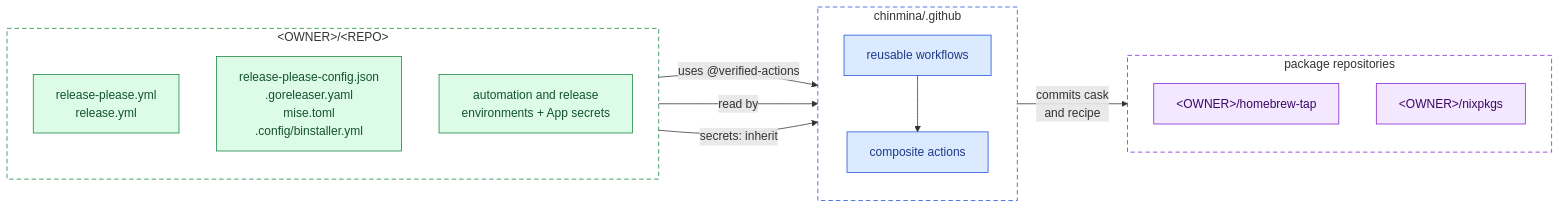
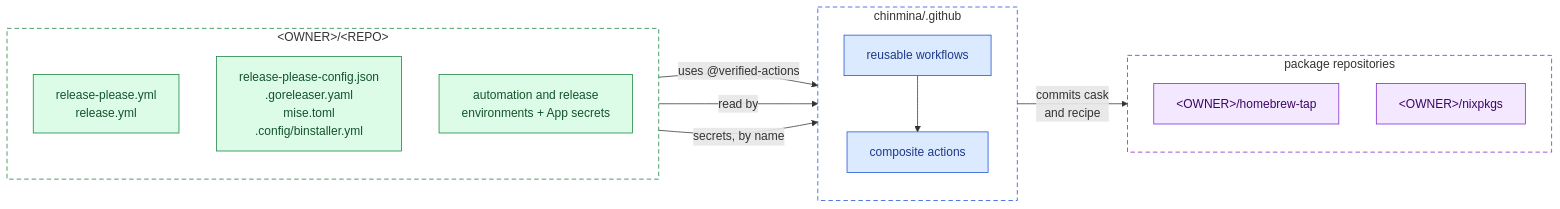
The fifth of 5 diagrams in docs/guides/release-pipeline-overview.md (chinmina/.github), drawn with Mermaid before and after one commit. The commit also changed other lines of this file and 9 other files, not shown here.

First line of the commit message:
docs: pass release secrets by name instead of secrets: inherit

````diff
--- a/docs/guides/release-pipeline-overview.md
+++ b/docs/guides/release-pipeline-overview.md
@@ -191,35 +191,35 @@
 ```mermaid
 flowchart LR
     classDef consumer fill:#dcfce7,stroke:#15803d,color:#14532d
     classDef kit fill:#dbeafe,stroke:#1d4ed8,color:#1e3a8a
     classDef external fill:#f3e8ff,stroke:#7e22ce,color:#3b0764
 
     subgraph repoSG ["#lt;OWNER#gt;/#lt;REPO#gt;"]
         direction TB
         callers["release-please.yml<br/>release.yml"]:::consumer
         config["release-please-config.json<br/>.goreleaser.yaml<br/>mise.toml<br/>.config/binstaller.yml"]:::consumer
         envs["automation and release<br/>environments + App secrets"]:::consumer
     end
 
     subgraph kitSG ["chinmina/.github"]
         direction TB
         workflows["reusable workflows"]:::kit
         actions["composite actions"]:::kit
         workflows --> actions
     end
 
     subgraph pkgSG ["package repositories"]
         direction TB
         tap["#lt;OWNER#gt;/homebrew-tap"]:::external
         nixpkgs["#lt;OWNER#gt;/nixpkgs"]:::external
     end
 
     callers -- "uses @verified-actions" --> workflows
     config -- "read by" --> workflows
-    envs -- "secrets: inherit" --> workflows
+    envs -- "secrets, by name" --> workflows
     workflows -- "commits cask<br/>and recipe" --> pkgSG
 
     style repoSG fill:none,stroke:#15803d,stroke-dasharray:6 4
     style kitSG fill:none,stroke:#1d4ed8,stroke-dasharray:6 4
     style pkgSG fill:none,stroke:#7e22ce,stroke-dasharray:6 4
 ```
````
